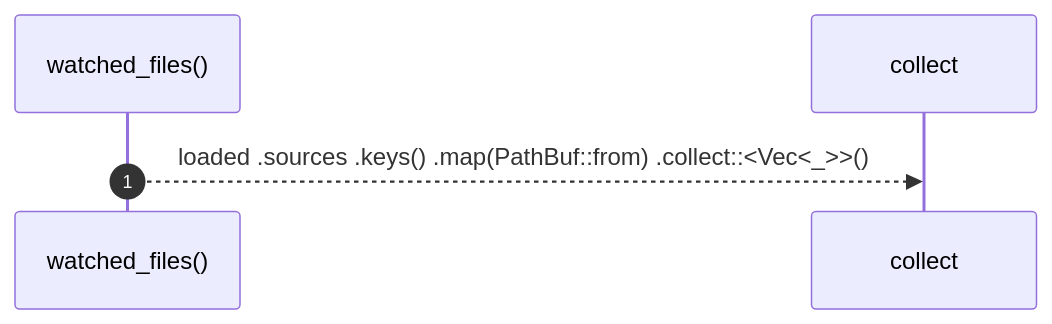
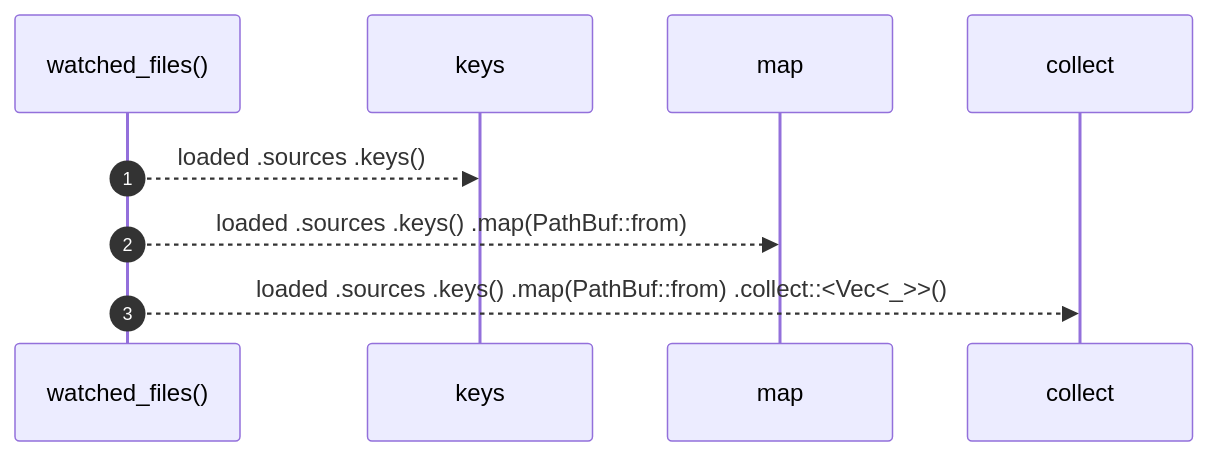
Before and after one commit to RyanGuild/self-describing-code: the diagram in docs/self-model/robby_render/pipeline/watched-files.md, drawn with Mermaid. The commit also changed other lines of this file and 1404 other files, not shown here.

````diff
--- a/docs/self-model/robby_render/pipeline/watched-files.md
+++ b/docs/self-model/robby_render/pipeline/watched-files.md
@@ -25,7 +25,11 @@
 ```mermaid
 sequenceDiagram
     autonumber
     participant watched_files as watched_files()
+    participant keys as keys
+    participant map as map
     participant collect as collect
+    watched_files-->>keys: loaded .sources .keys()
+    watched_files-->>map: loaded .sources .keys() .map(PathBuf::from)
     watched_files-->>collect: loaded .sources .keys() .map(PathBuf::from) .collect::<Vec<_>>()
 ```
````
